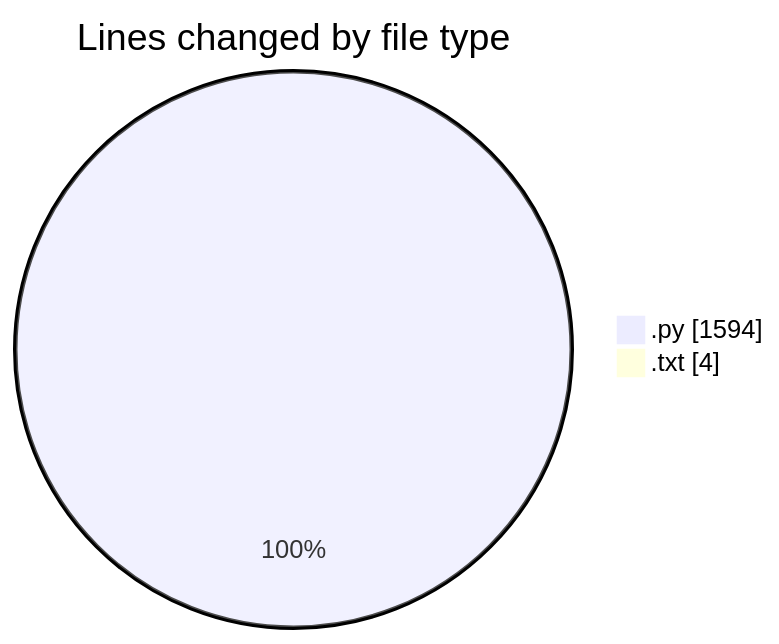
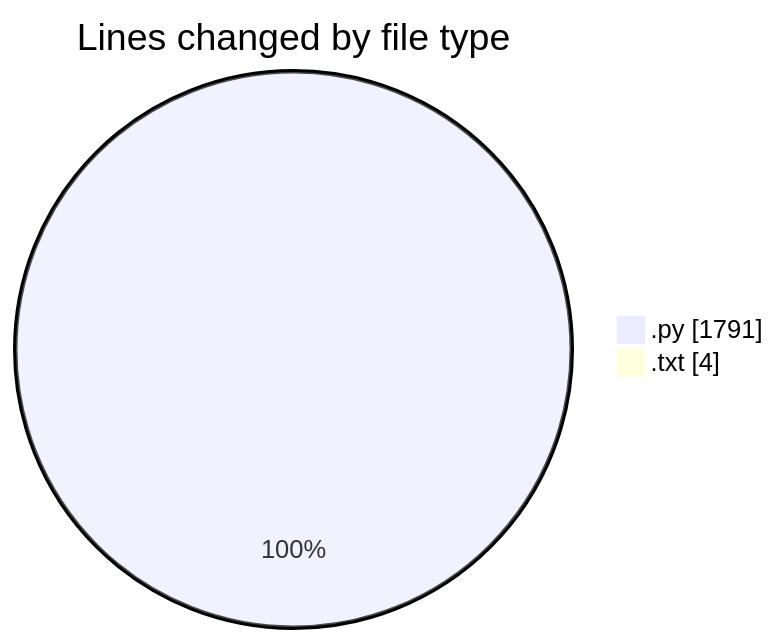
Before and after one commit to CELIANVF/code-tracking: the first of 2 diagrams in 2025-06-01/video_app/README.md, drawn with Mermaid. The commit also changed other lines of this file and 1 other file, not shown here.

````diff
--- a/2025-06-01/video_app/README.md
+++ b/2025-06-01/video_app/README.md
@@ -26,6 +26,6 @@
 ```mermaid
 pie showData
 title Lines changed by file type
-".py" : 1594
+".py" : 1791
 ".txt" : 4
 ```
````
